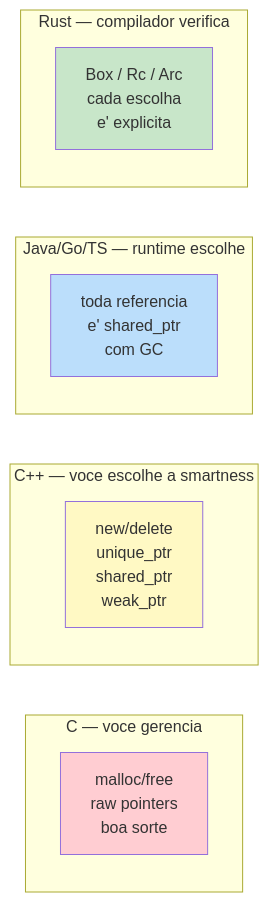
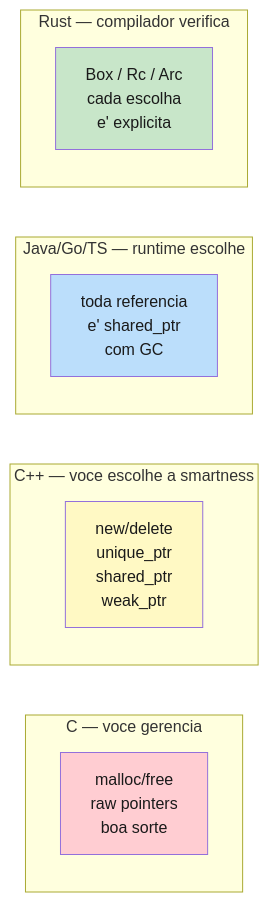
The second of 2 diagrams in book/part-10-smart-pointers/ch28-box-rc-arc.md (Felipeness/ferro-e-espirito), drawn with Mermaid before and after one commit. The commit also changed other lines of this file and 56 other files, not shown here.

First line of the commit message:
fix: contraste de texto em diagramas mermaid

````diff
--- a/book/part-10-smart-pointers/ch28-box-rc-arc.md
+++ b/book/part-10-smart-pointers/ch28-box-rc-arc.md
@@ -310,23 +310,23 @@
 ```mermaid
 graph LR
     subgraph C["C — voce gerencia"]
         C1["malloc/free<br/>raw pointers<br/>boa sorte"]
     end
 
     subgraph CPP["C++ — voce escolhe a smartness"]
         CPP1["new/delete<br/>unique_ptr<br/>shared_ptr<br/>weak_ptr"]
     end
 
     subgraph GC["Java/Go/TS — runtime escolhe"]
         GC1["toda referencia<br/>e' shared_ptr<br/>com GC"]
     end
 
     subgraph Rust["Rust — compilador verifica"]
         R1["Box / Rc / Arc<br/>cada escolha<br/>e' explicita"]
     end
 
-    style C1 fill:#ffcdd2
-    style CPP1 fill:#fff9c4
-    style GC1 fill:#bbdefb
-    style R1 fill:#c8e6c9
+    style C1 fill:#ffcdd2,color:#1a1a1a
+    style CPP1 fill:#fff9c4,color:#1a1a1a
+    style GC1 fill:#bbdefb,color:#1a1a1a
+    style R1 fill:#c8e6c9,color:#1a1a1a
 ```
````
